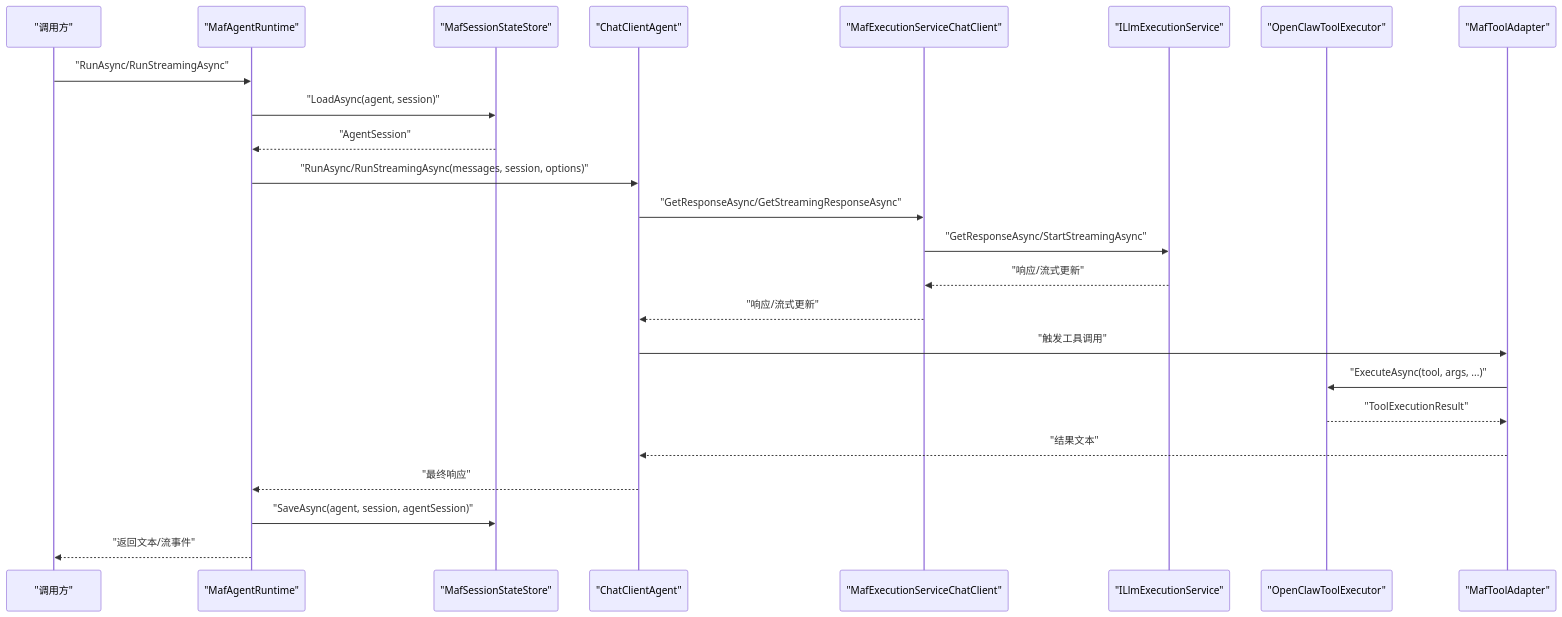
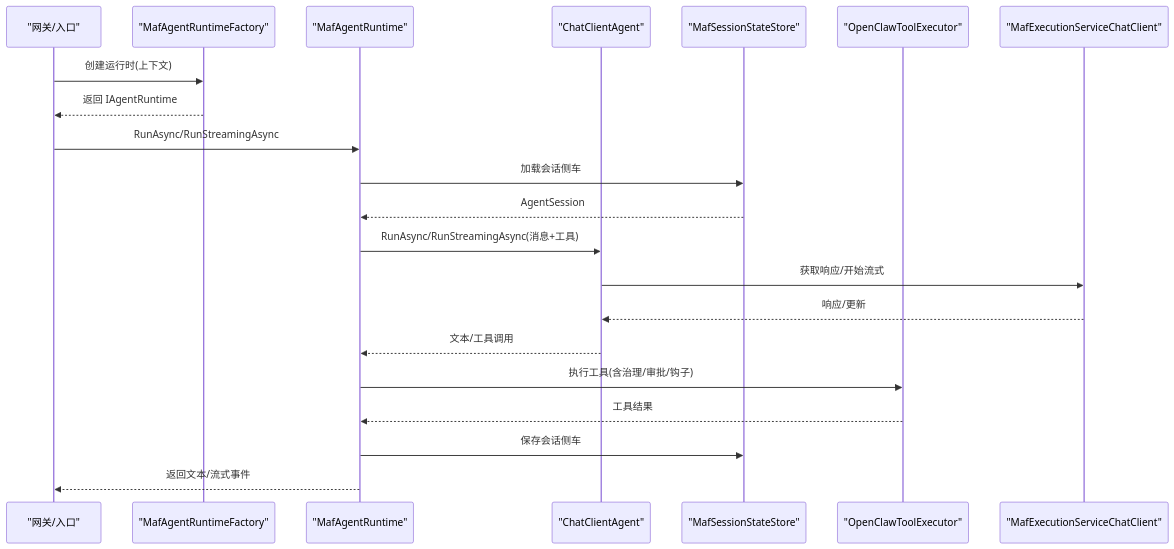
Before and after one commit to wayyet/kingcrab: the second of 9 diagrams in .qoder/repowiki/zh/content/代理运行时/代理运行时.md, drawn with Mermaid. The commit also changed other lines of this file and 173 other files, not shown here.

````diff
--- a/.qoder/repowiki/zh/content/代理运行时/代理运行时.md
+++ b/.qoder/repowiki/zh/content/代理运行时/代理运行时.md
@@ -133,26 +123,23 @@
 ```mermaid
 sequenceDiagram
-participant U as "调用方"
+participant GW as "网关/入口"
+participant FAC as "MafAgentRuntimeFactory"
 participant RT as "MafAgentRuntime"
+participant AG as "ChatClientAgent"
 participant SS as "MafSessionStateStore"
-participant AG as "ChatClientAgent"
+participant EX as "OpenClawToolExecutor"
 participant CC as "MafExecutionServiceChatClient"
-participant LLM as "ILlmExecutionService"
-participant EX as "OpenClawToolExecutor"
-participant TA as "MafToolAdapter"
-U->>RT : "RunAsync/RunStreamingAsync"
-RT->>SS : "LoadAsync(agent, session)"
-SS-->>RT : "AgentSession"
-RT->>AG : "RunAsync/RunStreamingAsync(messages, session, options)"
-AG->>CC : "GetResponseAsync/GetStreamingResponseAsync"
-CC->>LLM : "GetResponseAsync/StartStreamingAsync"
-LLM-->>CC : "响应/流式更新"
-CC-->>AG : "响应/流式更新"
-AG->>TA : "触发工具调用"
-TA->>EX : "ExecuteAsync(tool, args, ...)"
-EX-->>TA : "ToolExecutionResult"
-TA-->>AG : "结果文本"
-AG-->>RT : "最终响应"
-RT->>SS : "SaveAsync(agent, session, agentSession)"
-RT-->>U : "返回文本/流事件"
+GW->>FAC : 创建运行时(上下文)
+FAC-->>GW : 返回 IAgentRuntime
+GW->>RT : RunAsync/RunStreamingAsync
+RT->>SS : 加载会话侧车
+SS-->>RT : AgentSession
+RT->>AG : RunAsync/RunStreamingAsync(消息+工具)
+AG->>CC : 获取响应/开始流式
+CC-->>AG : 响应/更新
+AG-->>RT : 文本/工具调用
+RT->>EX : 执行工具(含治理/审批/钩子)
+EX-->>RT : 工具结果
+RT->>SS : 保存会话侧车
+RT-->>GW : 返回文本/流式事件
 ```
````
